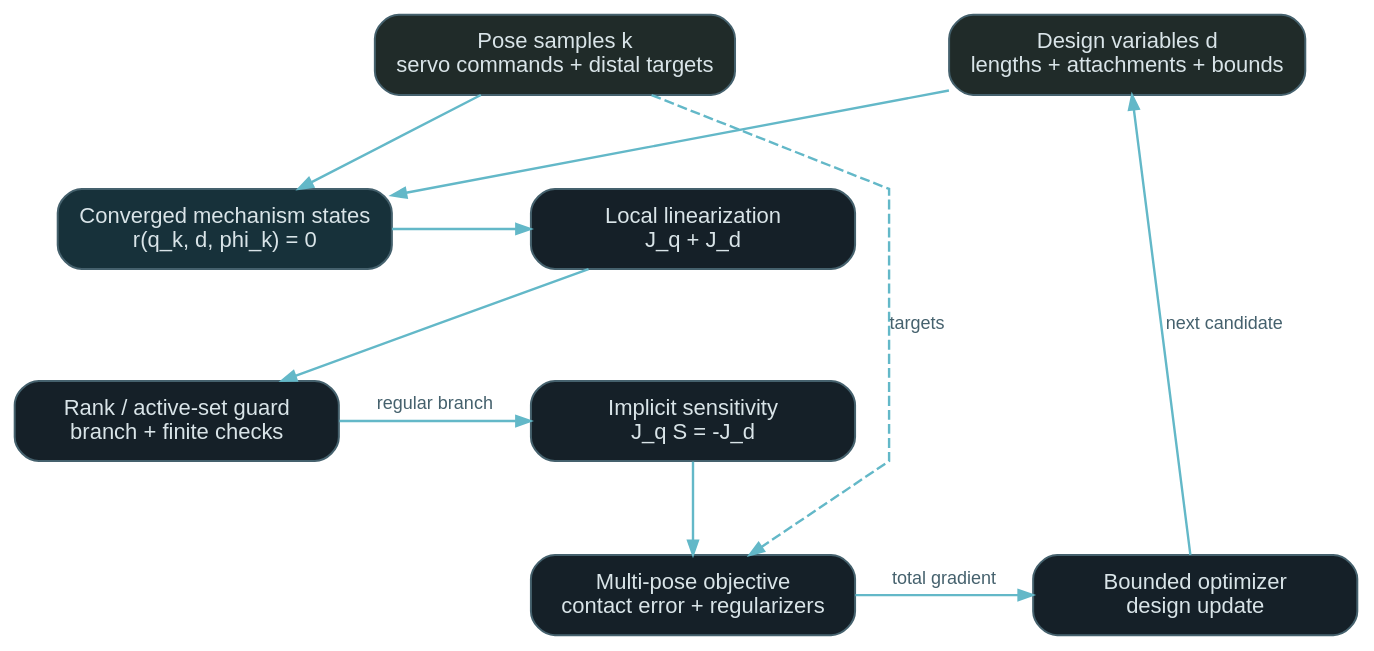
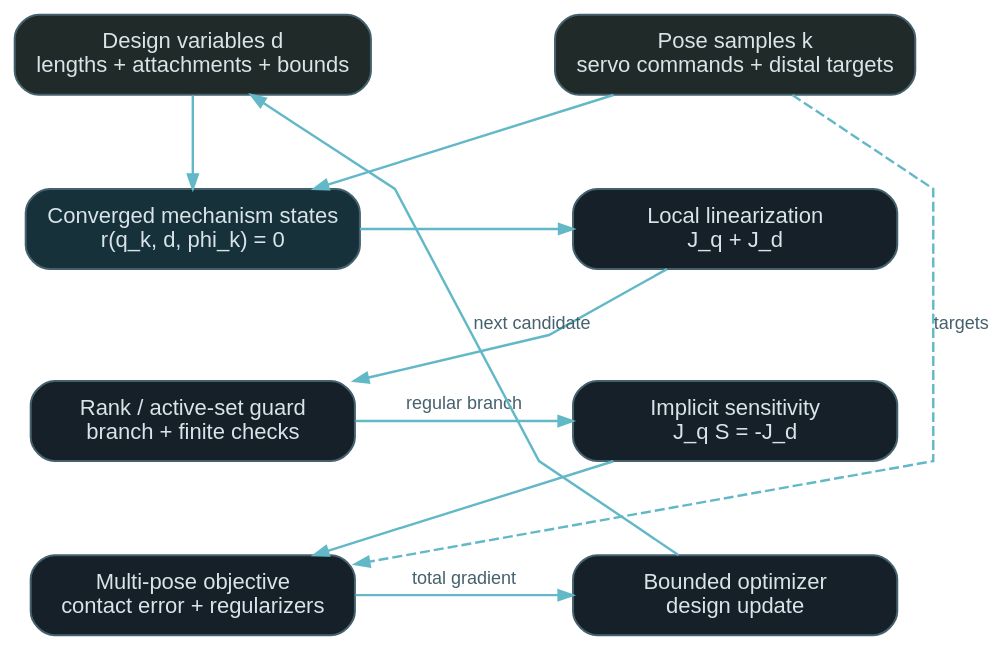
The diagram in docs/design-optimization.dot (Neuro-Mechatronics-Interfaces/LinkageSimulator), drawn with Graphviz before and after one commit. The commit also changed 5 other files, not shown here.

```diff
--- a/docs/design-optimization.dot
+++ b/docs/design-optimization.dot
@@ -1,53 +1,54 @@
 digraph LinkageDesignOptimization {
   graph [
     rankdir=TB,
     bgcolor="transparent",
     pad="0.22",
     nodesep="0.48",
     ranksep="0.62",
     splines=polyline
   ];
   node [
     shape=box,
     style="rounded,filled",
     fontname="Arial",
     fontsize=11,
     color="#45616d",
     fontcolor="#d9e4e8",
     fillcolor="#152028",
     margin="0.16,0.11",
     width=2.25
   ];
   edge [
     color="#63b8c8",
     fontname="Arial",
     fontsize=9,
     fontcolor="#45616d",
     arrowsize=0.7,
     penwidth=1.2
   ];
 
   design [label="Design variables d\nlengths + attachments + bounds", fillcolor="#202b29"];
   samples [label="Pose samples k\nservo commands + distal targets", fillcolor="#202b29"];
   solve [label="Converged mechanism states\nr(q_k, d, phi_k) = 0", fillcolor="#17313a"];
   linearize [label="Local linearization\nJ_q + J_d"];
   guard [label="Rank / active-set guard\nbranch + finite checks"];
   sensitivity [label="Implicit sensitivity\nJ_q S = -J_d"];
   objective [label="Multi-pose objective\ncontact error + regularizers"];
   optimizer [label="Bounded optimizer\ndesign update"];
 
-  design -> solve;
-  samples -> solve;
-  solve -> linearize;
-  linearize -> guard;
-  guard -> sensitivity [label="regular branch"];
-  sensitivity -> objective;
-  samples -> objective [style=dashed, label="targets"];
-  objective -> optimizer [label="total gradient"];
-  optimizer -> design [label="next candidate"];
+  design -> solve [weight=20];
+  samples -> solve [constraint=false];
+  solve -> linearize [constraint=false];
+  linearize -> guard [constraint=false];
+  guard -> sensitivity [constraint=false, label="regular branch"];
+  sensitivity -> objective [constraint=false];
+  samples -> objective [constraint=false, style=dashed, label="targets"];
+  objective -> optimizer [constraint=false, label="total gradient"];
+  optimizer -> design [constraint=false, label="next candidate"];
 
-  { rank=same; design; samples; }
-  { rank=same; solve; linearize; }
-  { rank=same; guard; sensitivity; }
-  { rank=same; objective; optimizer; }
+  solve -> guard [style=invis, weight=20];
+  guard -> objective [style=invis, weight=20];
+  samples -> linearize [style=invis, weight=20];
+  linearize -> sensitivity [style=invis, weight=20];
+  sensitivity -> optimizer [style=invis, weight=20];
 }
```
